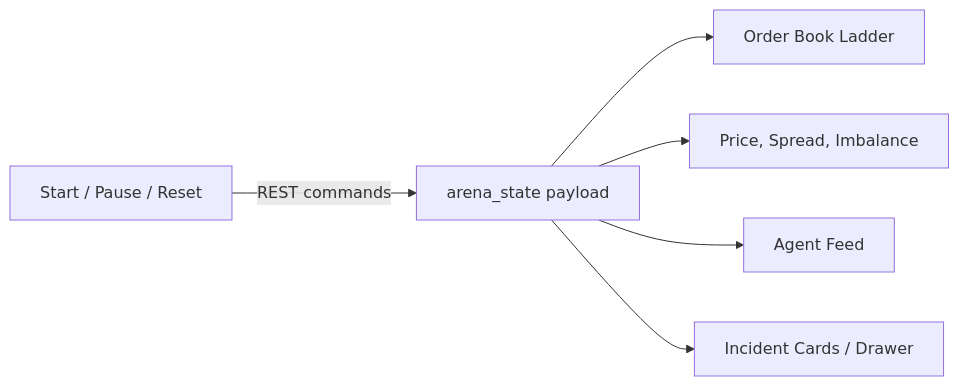
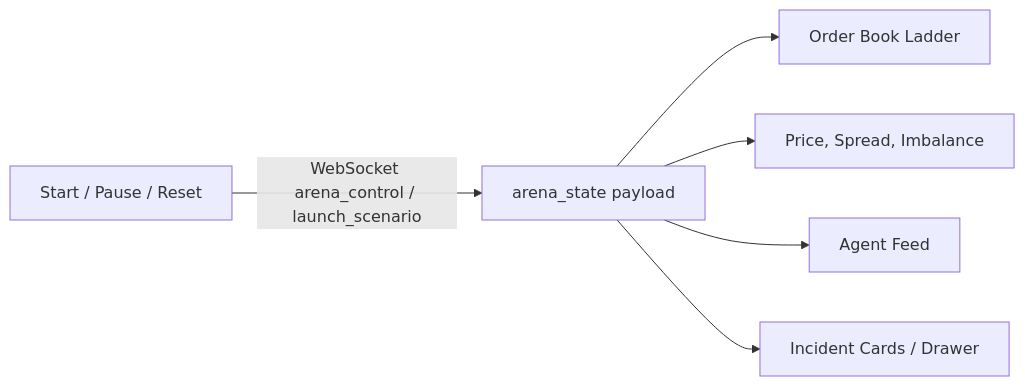
One commit to khab40/aimada changed the fifth of 8 diagrams in docs/architecture/ARD-0001-overall-architecture.md. Above: the diagram before and after it, drawn with Mermaid. The commit also changed other lines of this file and 32 other files, not shown here.

````diff
--- a/docs/architecture/ARD-0001-overall-architecture.md
+++ b/docs/architecture/ARD-0001-overall-architecture.md
@@ -116,15 +118,15 @@
 ```mermaid
 graph LR
     Controls["Start / Pause / Reset"]
     Ladder["Order Book Ladder"]
     Charts["Price, Spread, Imbalance"]
     Feed["Agent Feed"]
     IncidentsUI["Incident Cards / Drawer"]
     BackendState["arena_state payload"]
 
     BackendState --> Ladder
     BackendState --> Charts
     BackendState --> Feed
     BackendState --> IncidentsUI
-    Controls -->|REST commands| BackendState
+    Controls -->|WebSocket arena_control / launch_scenario| BackendState
 ```
````
